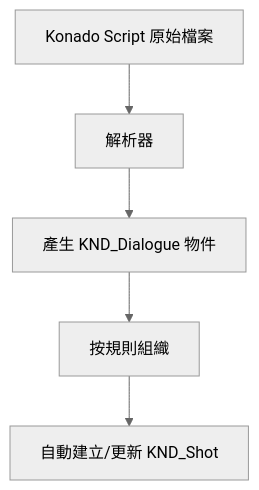
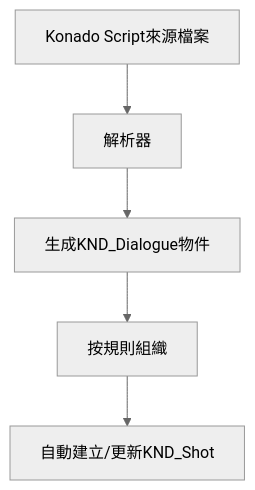
The diagram in docs/tc/tutorial/core/shot-and-dialogue.md (DSOE1024/konado), drawn with Mermaid (neutral theme) before and after one commit. The commit also changed other lines of this file and 224 other files, not shown here.

````diff
--- a/docs/tc/tutorial/core/shot-and-dialogue.md
+++ b/docs/tc/tutorial/core/shot-and-dialogue.md
@@ -32,8 +32,8 @@
 ```mermaid
 graph TD
-    A["Konado Script 原始檔案"] --> B["解析器"]
-    B --> C["產生 KND_Dialogue 物件"]
+    A["Konado Script來源檔案"] --> B["解析器"]
+    B --> C["生成KND_Dialogue物件"]
     C --> D["按規則組織"]
-    D --> E["自動建立/更新 KND_Shot"]
+    D --> E["自動建立/更新KND_Shot"]
 
 ```
````
